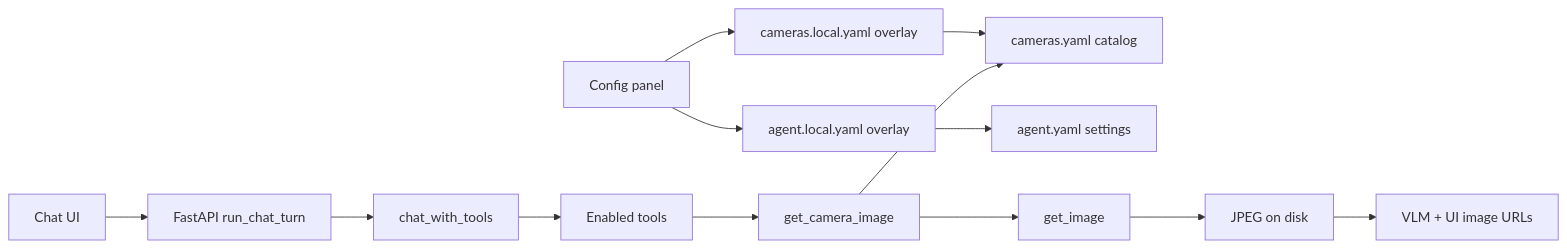
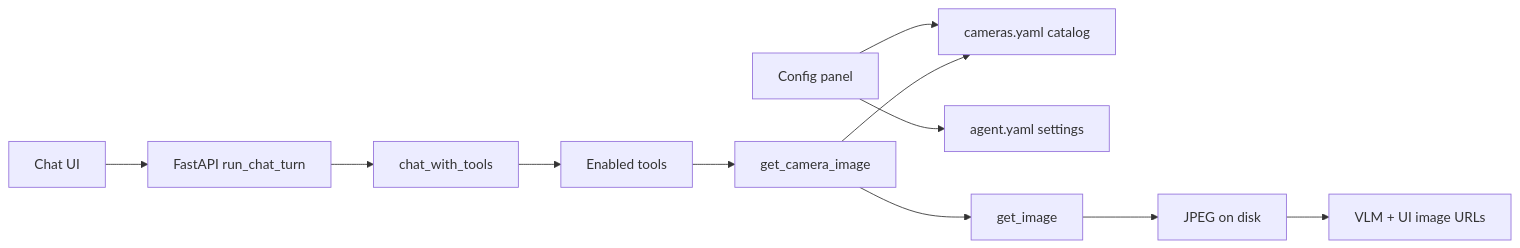
The first of 2 diagrams in docs/AGENT.md (opendatalabcz/multimodal-cctv-surveilance), drawn with Mermaid before and after one commit. The commit also changed other lines of this file and 16 other files, not shown here.

````diff
--- a/docs/AGENT.md
+++ b/docs/AGENT.md
@@ -30,29 +28,25 @@
 ```mermaid
 flowchart LR
   configPanel[Config panel]
   cameraYaml[cameras.yaml catalog]
-  cameraLocal[cameras.local.yaml overlay]
   agentYaml[agent.yaml settings]
-  agentLocal[agent.local.yaml overlay]
   chatUI[Chat UI]
   fastApi[FastAPI run_chat_turn]
   chatLoop[chat_with_tools]
   tools[Enabled tools]
   getCamera[get_camera_image]
   fetch[get_image]
   jpeg[JPEG on disk]
   vlm[VLM + UI image URLs]
 
-  configPanel --> cameraLocal
-  configPanel --> agentLocal
-  cameraLocal --> cameraYaml
-  agentLocal --> agentYaml
+  configPanel --> cameraYaml
+  configPanel --> agentYaml
   chatUI --> fastApi
   fastApi --> chatLoop
   chatLoop --> tools
   tools --> getCamera
   getCamera --> cameraYaml
   getCamera --> fetch
   fetch --> jpeg
   jpeg --> vlm
 ```
````
